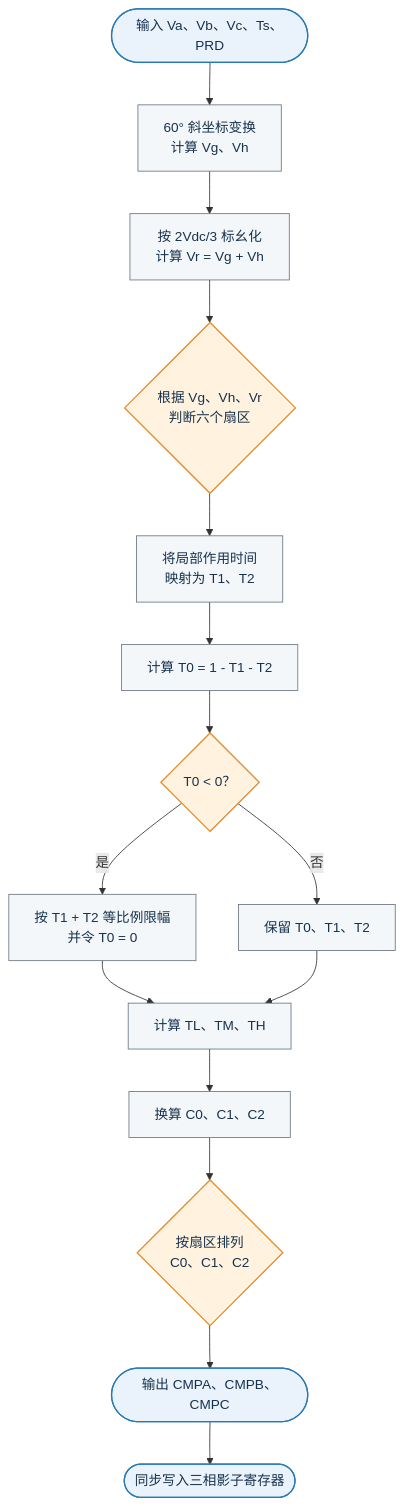
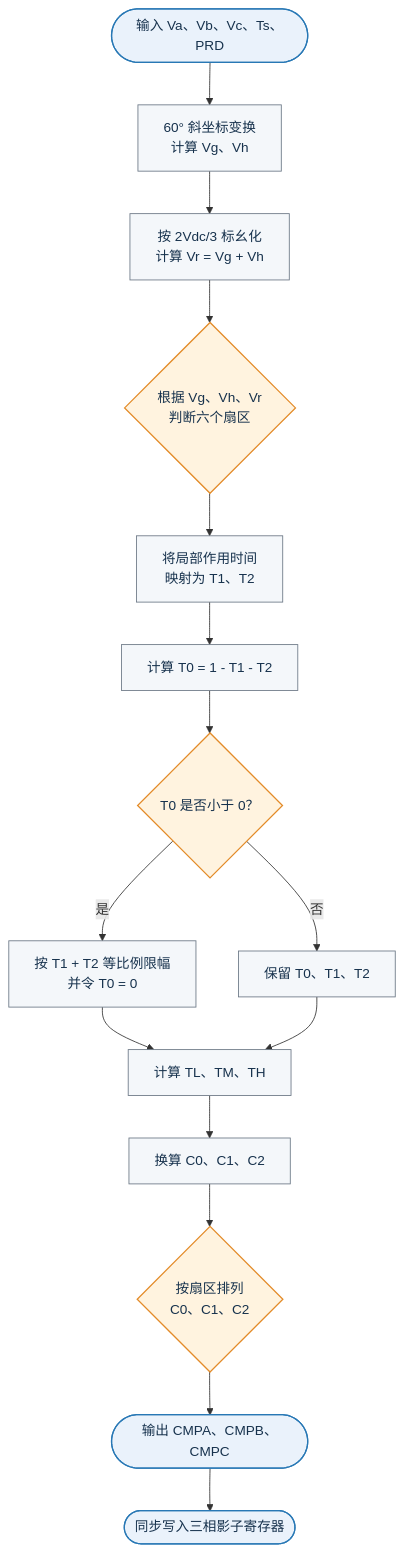
One commit to tolshao/tolshao.github.io changed the diagram in src/content/blog/svpwm-3.md. Above: the diagram before and after it, drawn with Mermaid.

Commit message:
fix: correct svpwm mermaid rendering

````diff
--- a/src/content/blog/svpwm-3.md
+++ b/src/content/blog/svpwm-3.md
@@ -526,24 +526,24 @@
 ```mermaid
 flowchart TD
-    A([输入 Va、Vb、Vc、Ts、PRD]) --> B[60° 斜坐标变换<br/>计算 Vg、Vh]
-    B --> C[按 2Vdc/3 标幺化<br/>计算 Vr = Vg + Vh]
-    C --> D{根据 Vg、Vh、Vr<br/>判断六个扇区}
-    D --> E[将局部作用时间<br/>映射为 T1、T2]
-    E --> F[计算 T0 = 1 - T1 - T2]
-    F --> G{T0 < 0？}
-    G -- 是 --> H[按 T1 + T2 等比例限幅<br/>并令 T0 = 0]
-    G -- 否 --> I[保留 T0、T1、T2]
-    H --> J[计算 TL、TM、TH]
+    A(["输入 Va、Vb、Vc、Ts、PRD"]) --> B["60° 斜坐标变换<br/>计算 Vg、Vh"]
+    B --> C["按 2Vdc/3 标幺化<br/>计算 Vr = Vg + Vh"]
+    C --> D{"根据 Vg、Vh、Vr<br/>判断六个扇区"}
+    D --> E["将局部作用时间<br/>映射为 T1、T2"]
+    E --> F["计算 T0 = 1 - T1 - T2"]
+    F --> G{"T0 是否小于 0？"}
+    G -- "是" --> H["按 T1 + T2 等比例限幅<br/>并令 T0 = 0"]
+    G -- "否" --> I["保留 T0、T1、T2"]
+    H --> J["计算 TL、TM、TH"]
     I --> J
-    J --> K[换算 C0、C1、C2]
-    K --> L{按扇区排列<br/>C0、C1、C2}
-    L --> M([输出 CMPA、CMPB、CMPC])
-    M --> N([同步写入三相影子寄存器])
+    J --> K["换算 C0、C1、C2"]
+    K --> L{"按扇区排列<br/>C0、C1、C2"}
+    L --> M(["输出 CMPA、CMPB、CMPC"])
+    M --> N(["同步写入三相影子寄存器"])
 
     classDef io fill:#EAF2FB,stroke:#2878B5,color:#17324D,stroke-width:1.5px;
     classDef process fill:#F4F7FA,stroke:#6B7785,color:#17324D,stroke-width:1px;
     classDef decision fill:#FFF3DF,stroke:#E38B29,color:#17324D,stroke-width:1.5px;
     class A,M,N io;
     class B,C,E,F,H,I,J,K process;
     class D,G,L decision;
 ```
````
